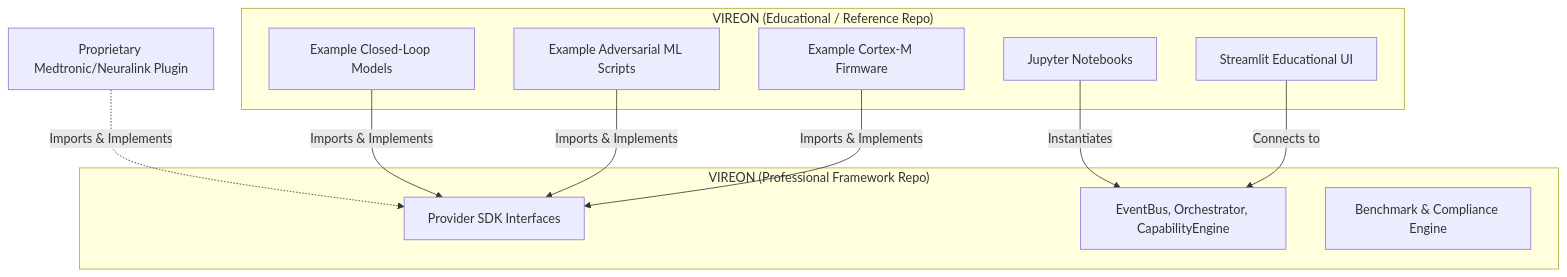
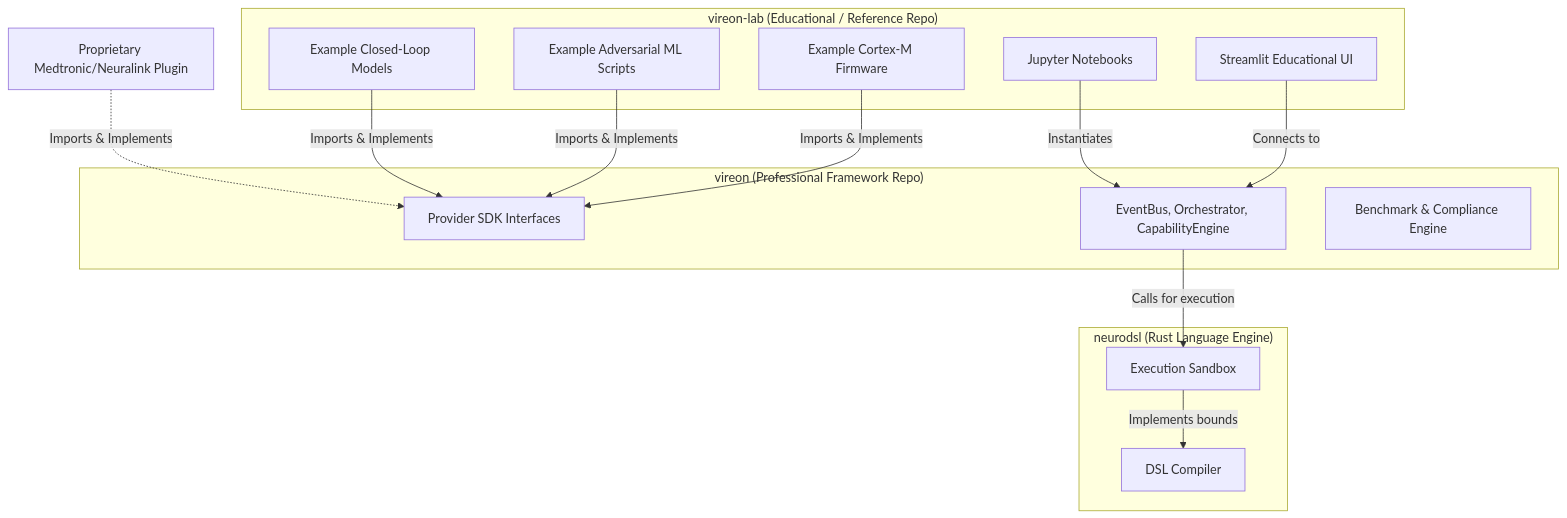
One commit to SaadiMalik1/Vireon changed the first of 2 diagrams in docs/architecture/ECOSYSTEM.md. Above: the diagram before and after it, drawn with Mermaid. The commit also changed other lines of this file and 29 other files, not shown here.

Commit message:
docs: overhaul documentation and prune legacy architecture docs

````diff
--- a/docs/architecture/ECOSYSTEM.md
+++ b/docs/architecture/ECOSYSTEM.md
@@ -47,24 +45,32 @@
 ```mermaid
 graph TD
-    subgraph "VIREON <SUFFIX> (Educational / Reference Repo)"
+    subgraph "vireon-lab (Educational / Reference Repo)"
         Dashboard[Streamlit Educational UI]
         Firmware[Example Cortex-M Firmware]
         Attacks[Example Adversarial ML Scripts]
         Clinical[Example Closed-Loop Models]
         Tutorials[Jupyter Notebooks]
     end
 
-    subgraph "VIREON (Professional Framework Repo)"
+    subgraph "vireon (Professional Framework Repo)"
         SDK[Provider SDK Interfaces]
         Runtime[EventBus, Orchestrator, CapabilityEngine]
         Validation[Benchmark & Compliance Engine]
+    end
+
+    subgraph "neurodsl (Rust Language Engine)"
+        Compiler[DSL Compiler]
+        Sandbox[Execution Sandbox]
     end
 
     Firmware -->|Imports & Implements| SDK
     Attacks -->|Imports & Implements| SDK
     Clinical -->|Imports & Implements| SDK
     Dashboard -->|Connects to| Runtime
     Tutorials -->|Instantiates| Runtime
     
+    Runtime -->|Calls for execution| Sandbox
+    Sandbox -->|Implements bounds| Compiler
+    
     Vendor[Proprietary Medtronic/Neuralink Plugin] -.->|Imports & Implements| SDK
 ```
````
